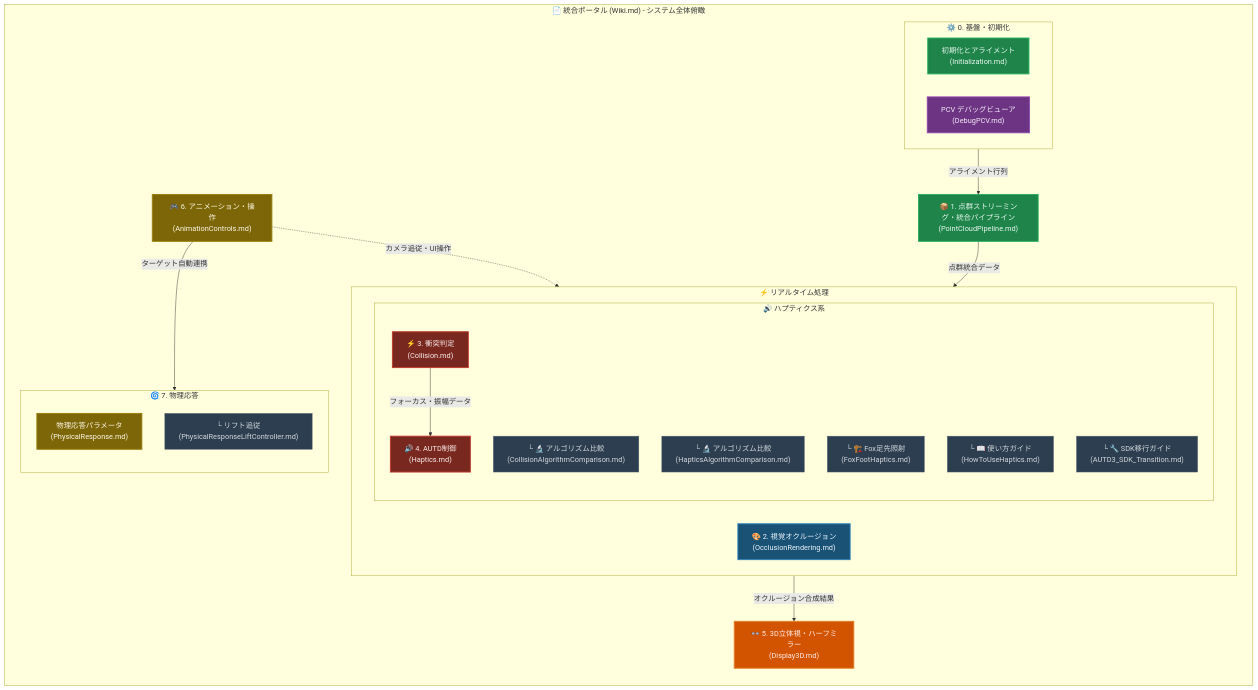
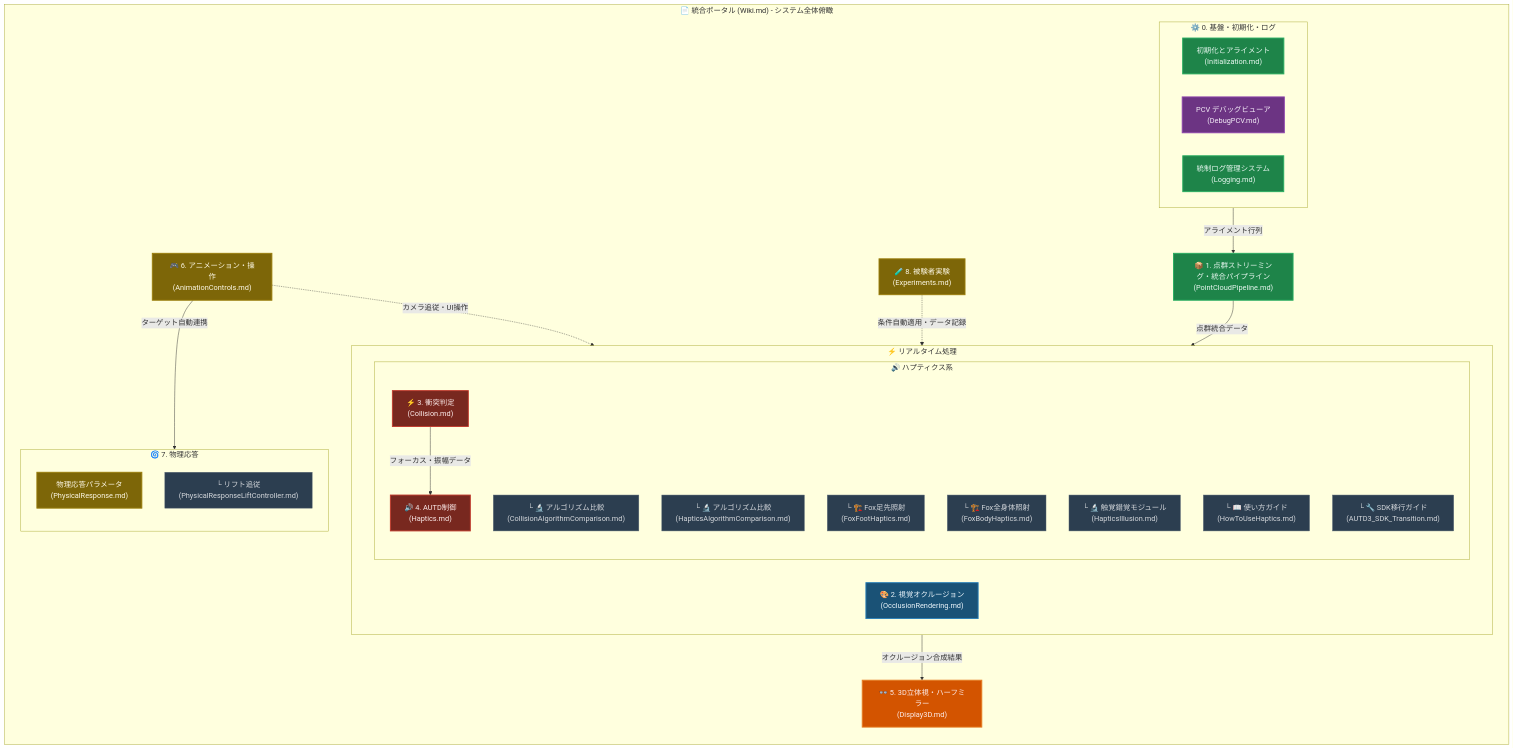
The diagram in Docs/Wiki.md (kotetsuOU/HandTrakingDemo), drawn with Mermaid before and after one commit. The commit also changed other lines of this file and 362 other files, not shown here.

Commit message:
feat: merge newAUTD into main (AUTD system updates, haptics, dummy point cloud, experiment feature)

````diff
--- a/Docs/Wiki.md
+++ b/Docs/Wiki.md
@@ -11,58 +11,64 @@
 ```mermaid
 graph TD
     %% スタイル定義
     classDef render fill:#1A5276,stroke:#2980B9,stroke-width:2px,color:#EBF5FB;
     classDef haptic fill:#78281F,stroke:#C0392B,stroke-width:2px,color:#FDEDEC;
     classDef debug fill:#6C3483,stroke:#8E44AD,stroke-width:2px,color:#F5EEF8;
     classDef common fill:#1E8449,stroke:#27AE60,stroke-width:2px,color:#EAF8F2;
     classDef display fill:#D35400,stroke:#E67E22,stroke-width:2px,color:#FDEDEC;
     classDef control fill:#7D6608,stroke:#9A7D0A,stroke-width:2px,color:#FEF9E7;
     classDef sub fill:#2C3E50,stroke:#566573,stroke-width:1px,color:#D5D8DC;
 
     subgraph WIKI ["📄 統合ポータル (Wiki.md) - システム全体俯瞰"]
         direction TD
 
-        subgraph Calibration ["⚙️ 0. 基盤・初期化"]
+        subgraph Calibration ["⚙️ 0. 基盤・初期化・ログ"]
             direction LR
             InitNode["初期化とアライメント<br/>(Initialization.md)"]:::common
             DebugNode["PCV デバッグビューア<br/>(DebugPCV.md)"]:::debug
+            LogNode["統制ログ管理システム<br/>(Logging.md)"]:::common
         end
 
         PointCloudNode["📦 1. 点群ストリーミング・統合パイプライン<br/>(PointCloudPipeline.md)"]:::common
         
         subgraph RealTimeProcessing ["⚡ リアルタイム処理"]
             direction LR
             RenderNode["🎨 2. 視覚オクルージョン<br/>(OcclusionRendering.md)"]:::render
 
             subgraph HapticsGroup ["🔊 ハプティクス系"]
                 direction TB
                 CollisionNode["⚡ 3. 衝突判定<br/>(Collision.md)"]:::haptic
                 CollisionAlgoNode["└ 🔬 アルゴリズム比較<br/>(CollisionAlgorithmComparison.md)"]:::sub
                 AutdNode["🔊 4. AUTD制御<br/>(Haptics.md)"]:::haptic
                 HapticsAlgoNode["└ 🔬 アルゴリズム比較<br/>(HapticsAlgorithmComparison.md)"]:::sub
                 FoxFootNode["└ 🏗️ Fox足先照射<br/>(FoxFootHaptics.md)"]:::sub
+                FoxBodyNode["└ 🏗️ Fox全身体照射<br/>(FoxBodyHaptics.md)"]:::sub
+                IllusionNode["└ 🔬 触覚錯覚モジュール<br/>(HapticsIllusion.md)"]:::sub
                 HowToNode["└ 📖 使い方ガイド<br/>(HowToUseHaptics.md)"]:::sub
                 SDKNode["└ 🔧 SDK移行ガイド<br/>(AUTD3_SDK_Transition.md)"]:::sub
             end
         end
 
         DisplayNode["👓 5. 3D立体視・ハーフミラー<br/>(Display3D.md)"]:::display
         ControlNode["🎮 6. アニメーション・操作<br/>(AnimationControls.md)"]:::control
 
         subgraph PhysicsGroup ["🌀 7. 物理応答"]
             direction TB
             PhysicsNode["物理応答パラメータ<br/>(PhysicalResponse.md)"]:::control
             LiftNode["└ リフト追従<br/>(PhysicalResponseLiftController.md)"]:::sub
         end
 
+        ExpNode["🧪 8. 被験者実験<br/>(Experiments.md)"]:::control
+
         %% パイプラインデータフロー
         Calibration -->|"アライメント行列"| PointCloudNode
         PointCloudNode -->|"点群統合データ"| RealTimeProcessing
         CollisionNode -->|"フォーカス・振幅データ"| AutdNode
         RenderNode -->|"オクルージョン合成結果"| DisplayNode
         
         %% 独立した制御系
         ControlNode -.->|"カメラ追従・UI操作"| RenderNode
         ControlNode -->|"ターゲット自動連携"| PhysicsGroup
+        ExpNode -.->|"条件自動適用・データ記録"| AutdNode
     end
 ```
````
